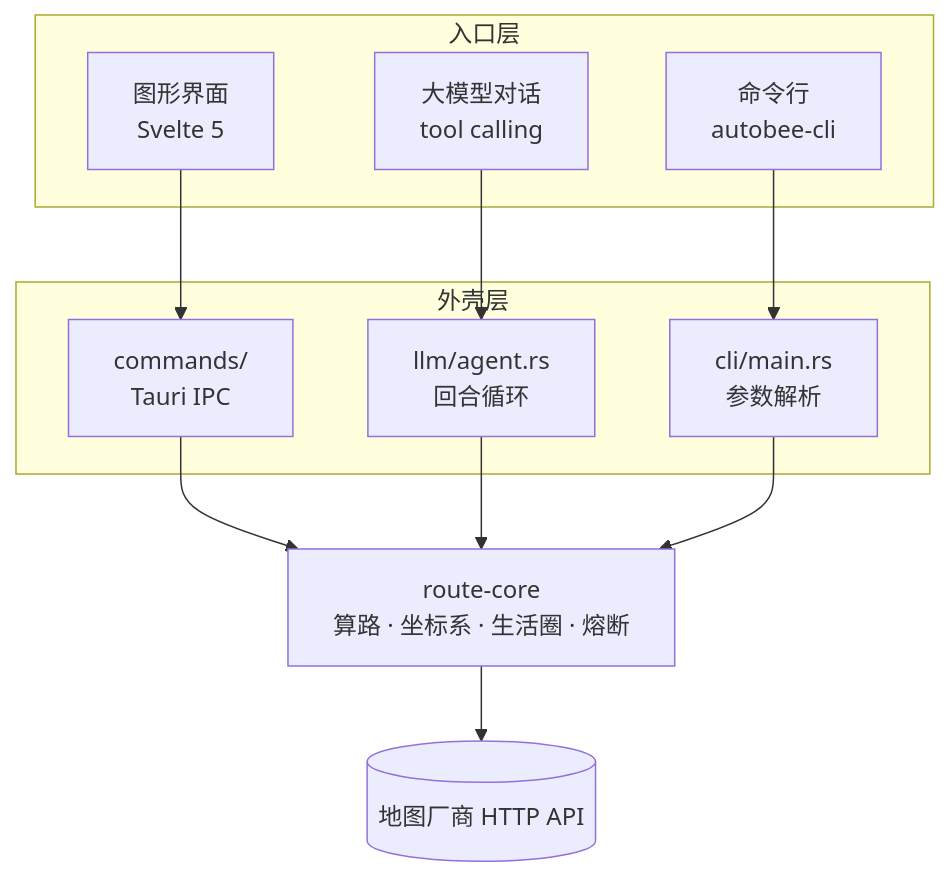
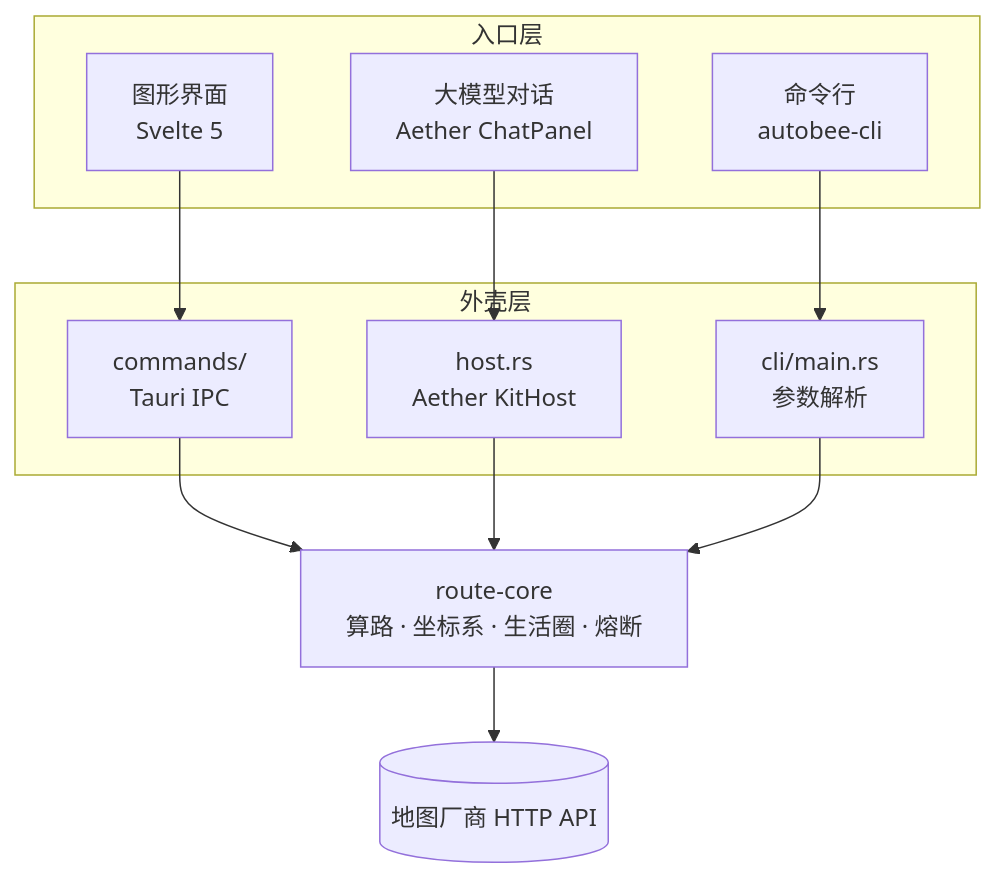
Before and after one commit to topaihub/AutoBee: the diagram in docs/AutoBee-概要设计.md, drawn with Mermaid. The commit also changed 59 other files, not shown here.

````diff
--- a/docs/AutoBee-概要设计.md
+++ b/docs/AutoBee-概要设计.md
@@ -14,24 +14,24 @@
 ```mermaid
 flowchart TB
   subgraph 入口层
     UI[图形界面<br/>Svelte 5]
-    LLM[大模型对话<br/>tool calling]
+    LLM[大模型对话<br/>Aether ChatPanel]
     CLI[命令行<br/>autobee-cli]
   end
 
   subgraph 外壳层
     CMD[commands/<br/>Tauri IPC]
-    AGENT[llm/agent.rs<br/>回合循环]
+    AGENT[host.rs<br/>Aether KitHost]
     MAIN[cli/main.rs<br/>参数解析]
   end
 
   CORE[route-core<br/>算路 · 坐标系 · 生活圈 · 熔断]
 
   UI --> CMD
   LLM --> AGENT
   CLI --> MAIN
   CMD --> CORE
   AGENT --> CORE
   MAIN --> CORE
   CORE --> API[(地图厂商 HTTP API)]
 ```
````
